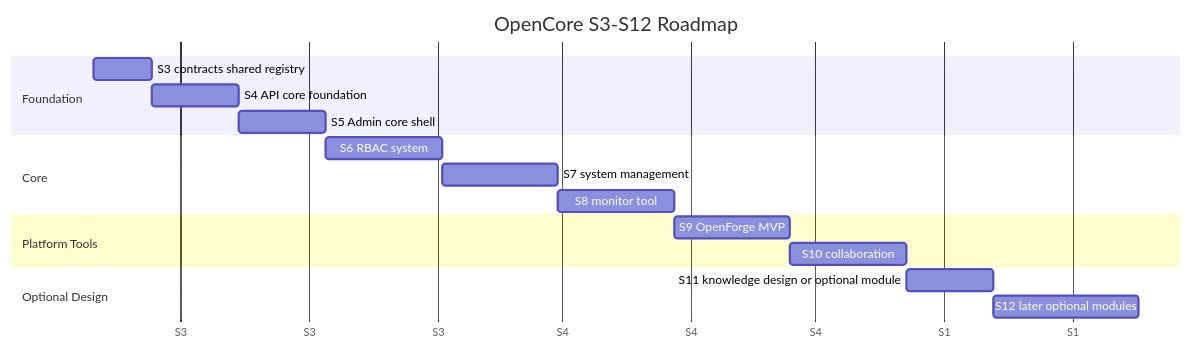
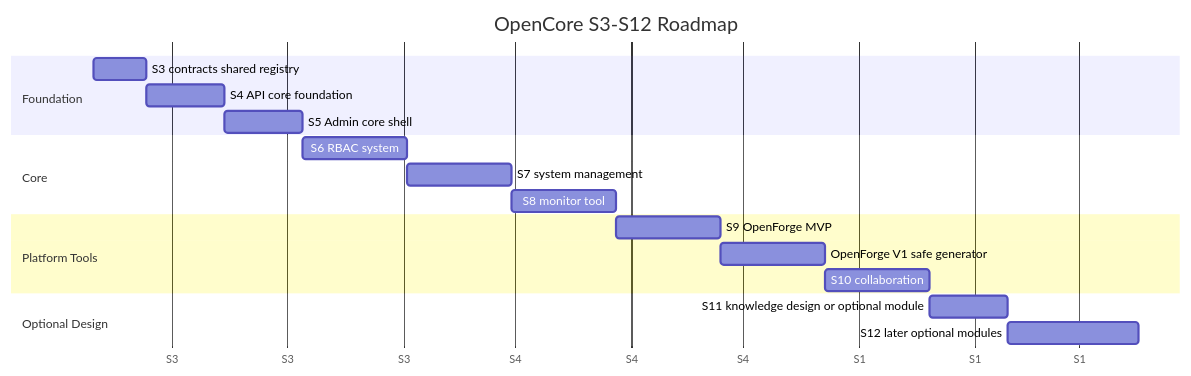
Before and after one commit to Gan-Xing/OpenCore: the first of 3 diagrams in docs/strategy/staged-roadmap.md, drawn with Mermaid. The commit also changed other lines of this file and 14 other files, not shown here.

````diff
--- a/docs/strategy/staged-roadmap.md
+++ b/docs/strategy/staged-roadmap.md
@@ -11,20 +11,21 @@
 ```mermaid
 gantt
   title OpenCore S3-S12 Roadmap
   dateFormat  YYYY-MM-DD
   axisFormat  S%q
   section Foundation
   S3 contracts shared registry :s3, 2026-06-10, 14d
   S4 API core foundation :s4, after s3, 21d
   S5 Admin core shell :s5, after s4, 21d
   section Core
   S6 RBAC system :s6, after s5, 28d
   S7 system management :s7, after s6, 28d
   S8 monitor tool :s8, after s7, 28d
   section Platform Tools
   S9 OpenForge MVP :s9, after s8, 28d
-  S10 collaboration :s10, after s9, 28d
+  OpenForge V1 safe generator :v1, after s9, 28d
+  S10 collaboration :s10, after v1, 28d
   section Optional Design
   S11 knowledge design or optional module :s11, after s10, 21d
   S12 later optional modules :s12, after s11, 35d
 ```
````
